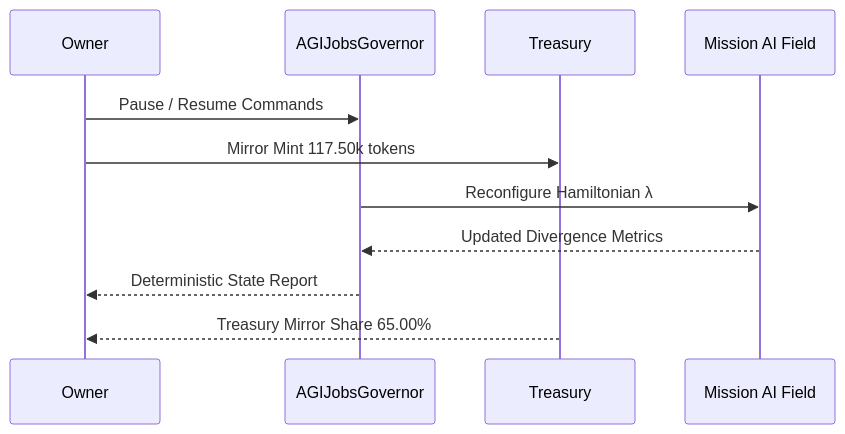
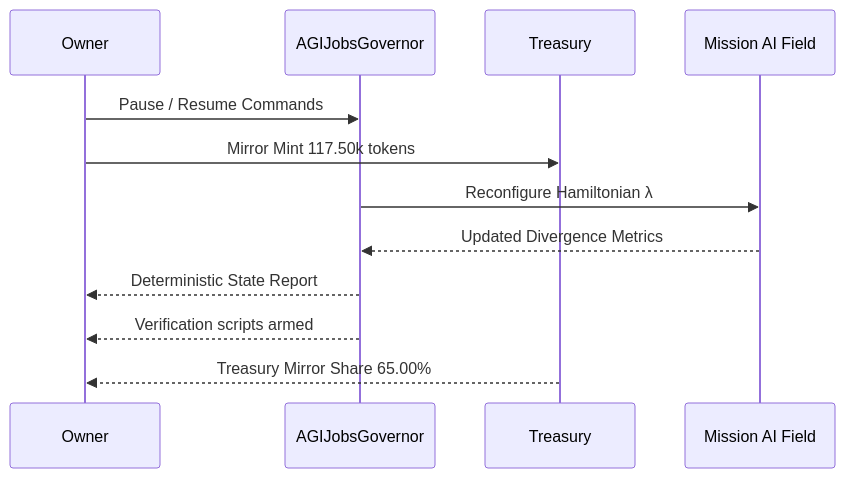
Before and after one commit to MontrealAI/AGIJobsv0: the fourth of 4 diagrams in demo/agi-governance/reports/governance-demo-report.md, drawn with Mermaid. The commit also changed other lines of this file and 7 other files, not shown here.

````diff
--- a/demo/agi-governance/reports/governance-demo-report.md
+++ b/demo/agi-governance/reports/governance-demo-report.md
@@ -324,13 +325,14 @@
 ```mermaid
 sequenceDiagram
   participant O as Owner
   participant G as AGIJobsGovernor
   participant T as Treasury
   participant M as Mission AI Field
   O->>G: Pause / Resume Commands
   O->>T: Mirror Mint 117.50k tokens
   G->>M: Reconfigure Hamiltonian λ
   M-->>G: Updated Divergence Metrics
   G-->>O: Deterministic State Report
+  G-->>O: Verification scripts armed
   T-->>O: Treasury Mirror Share 65.00%
 ```
````
